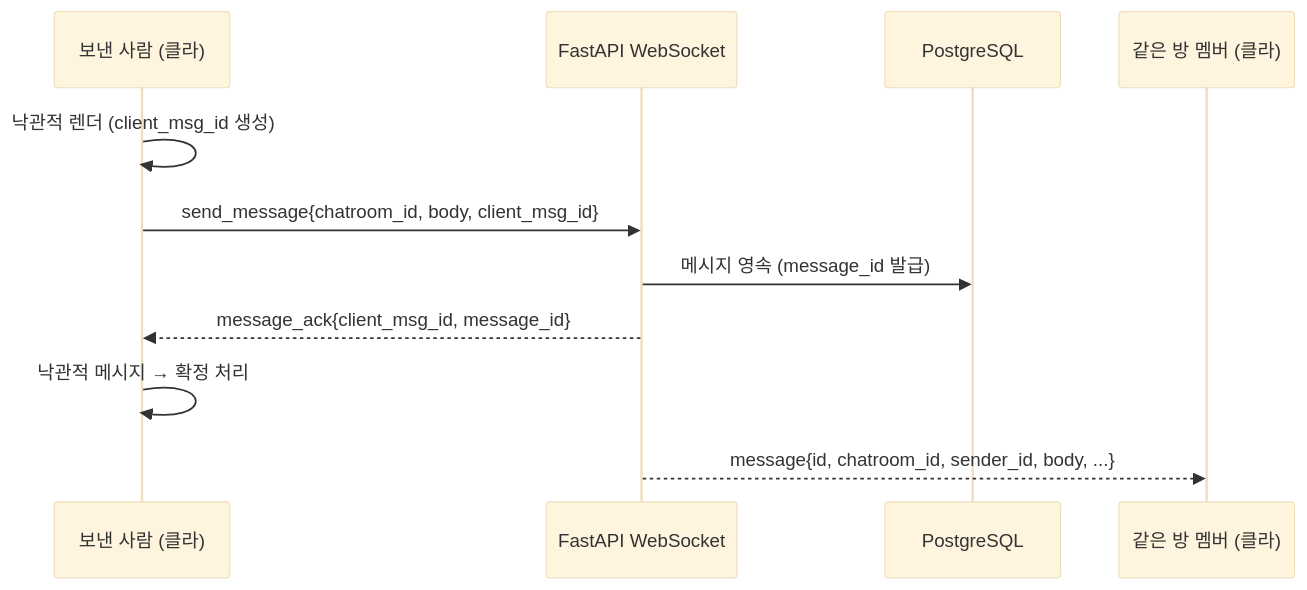
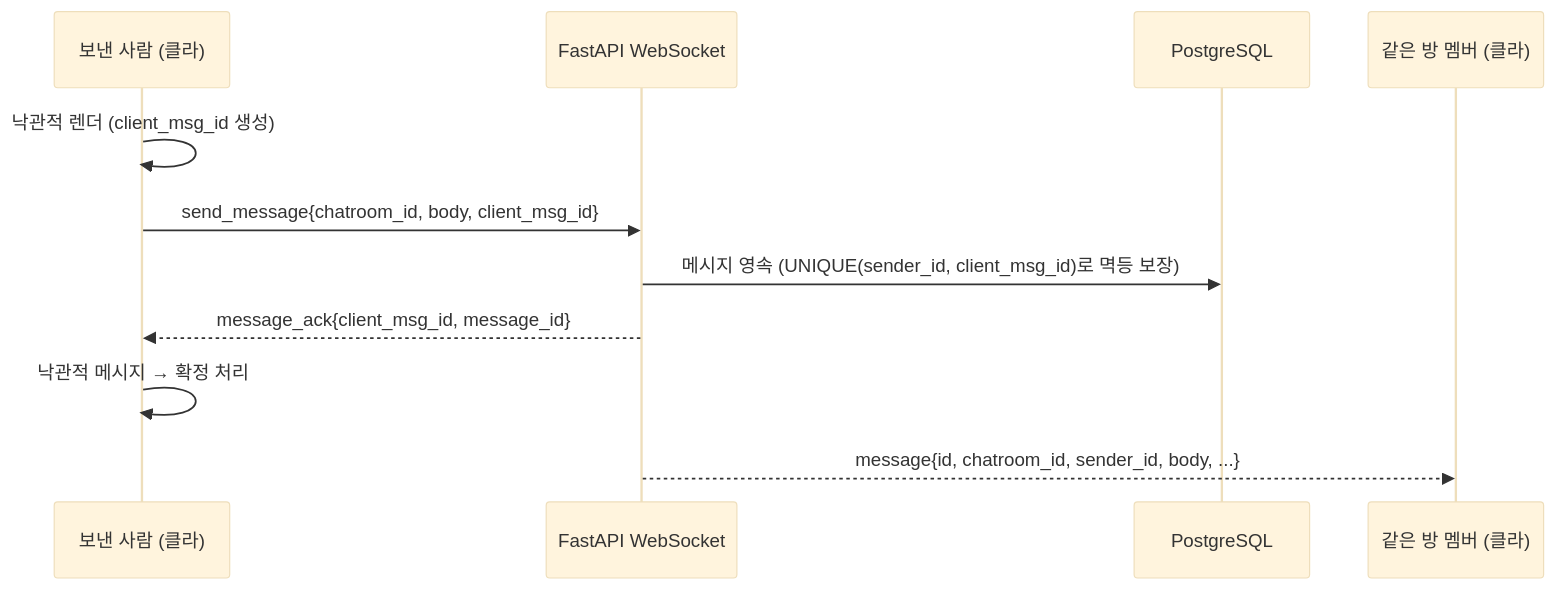
One commit to jamye-plz/jamye-plz changed the first of 2 diagrams in docs/architecture/api-contract.md. Above: the diagram before and after it, drawn with Mermaid (base theme). The commit also changed other lines of this file and 4 other files, not shown here.

````diff
--- a/docs/architecture/api-contract.md
+++ b/docs/architecture/api-contract.md
@@ -163,14 +164,14 @@
 ```mermaid
 sequenceDiagram
     participant A as 보낸 사람 (클라)
     participant WS as FastAPI WebSocket
     participant DB as PostgreSQL
     participant B as 같은 방 멤버 (클라)
 
     A->>A: 낙관적 렌더 (client_msg_id 생성)
     A->>WS: send_message{chatroom_id, body, client_msg_id}
-    WS->>DB: 메시지 영속 (message_id 발급)
+    WS->>DB: 메시지 영속 (UNIQUE(sender_id, client_msg_id)로 멱등 보장)
     WS-->>A: message_ack{client_msg_id, message_id}
     A->>A: 낙관적 메시지 → 확정 처리
     WS-->>B: message{id, chatroom_id, sender_id, body, ...}
 ```
````
